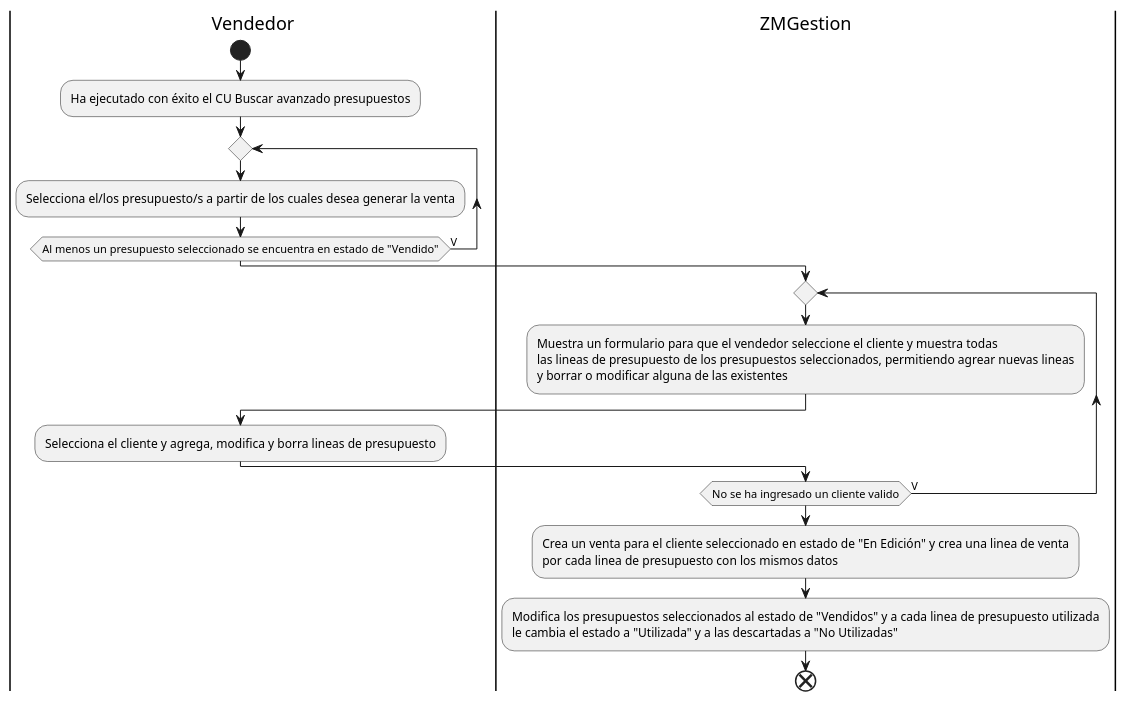
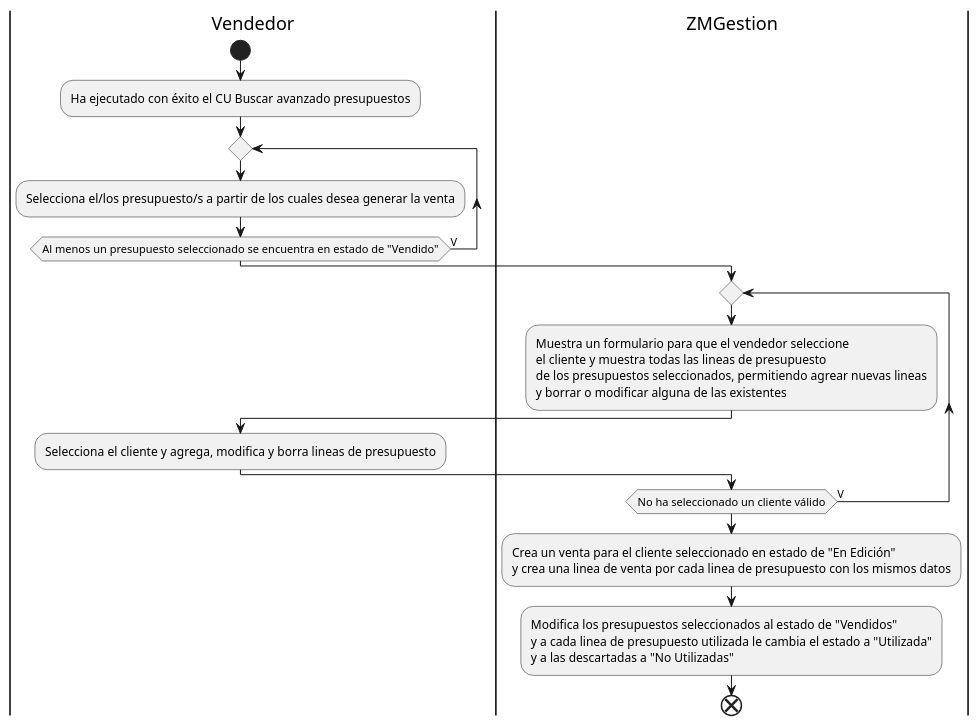
Before and after one commit to ZMGestion/DocumentacionZMGestion: the diagram in Informe Final/DiagramasActividad/transformarPresupuestoEnVenta.puml, drawn with PlantUML. The commit also changed 31 other files, not shown here.

Commit message:
Cambios en DiagramaDeCasosDeUso

```diff
--- a/Informe Final/DiagramasActividad/transformarPresupuestoEnVenta.puml
+++ b/Informe Final/DiagramasActividad/transformarPresupuestoEnVenta.puml
@@ -1,22 +1,24 @@
 @startuml transformarPresupuestoEnVenta
 |Vendedor|
 start
 :Ha ejecutado con éxito el CU Buscar avanzado presupuestos;
 repeat
 :Selecciona el/los presupuesto/s a partir de los cuales desea generar la venta;
 repeat while(Al menos un presupuesto seleccionado se encuentra en estado de "Vendido") is (V)
 |ZMGestion|
 repeat
-:Muestra un formulario para que el vendedor seleccione el cliente y muestra todas
-las lineas de presupuesto de los presupuestos seleccionados, permitiendo agrear nuevas lineas
+:Muestra un formulario para que el vendedor seleccione
+el cliente y muestra todas las lineas de presupuesto 
+de los presupuestos seleccionados, permitiendo agrear nuevas lineas
 y borrar o modificar alguna de las existentes;
 |Vendedor|
 :Selecciona el cliente y agrega, modifica y borra lineas de presupuesto;
 |ZMGestion|
-repeat while(No se ha ingresado un cliente valido) is (V)
-:Crea un venta para el cliente seleccionado en estado de "En Edición" y crea una linea de venta
-por cada linea de presupuesto con los mismos datos;
-:Modifica los presupuestos seleccionados al estado de "Vendidos" y a cada linea de presupuesto utilizada
-le cambia el estado a "Utilizada" y a las descartadas a "No Utilizadas";
+repeat while(No ha seleccionado un cliente válido) is (V)
+:Crea un venta para el cliente seleccionado en estado de "En Edición"
+y crea una linea de venta por cada linea de presupuesto con los mismos datos;
+:Modifica los presupuestos seleccionados al estado de "Vendidos" 
+y a cada linea de presupuesto utilizada le cambia el estado a "Utilizada"
+y a las descartadas a "No Utilizadas";
 end
 @enduml
```
